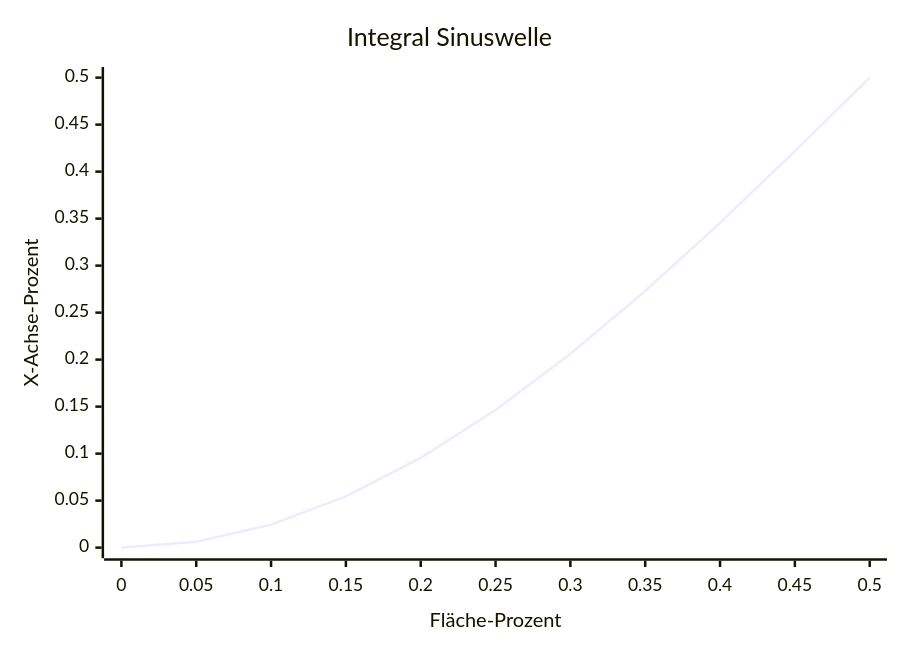
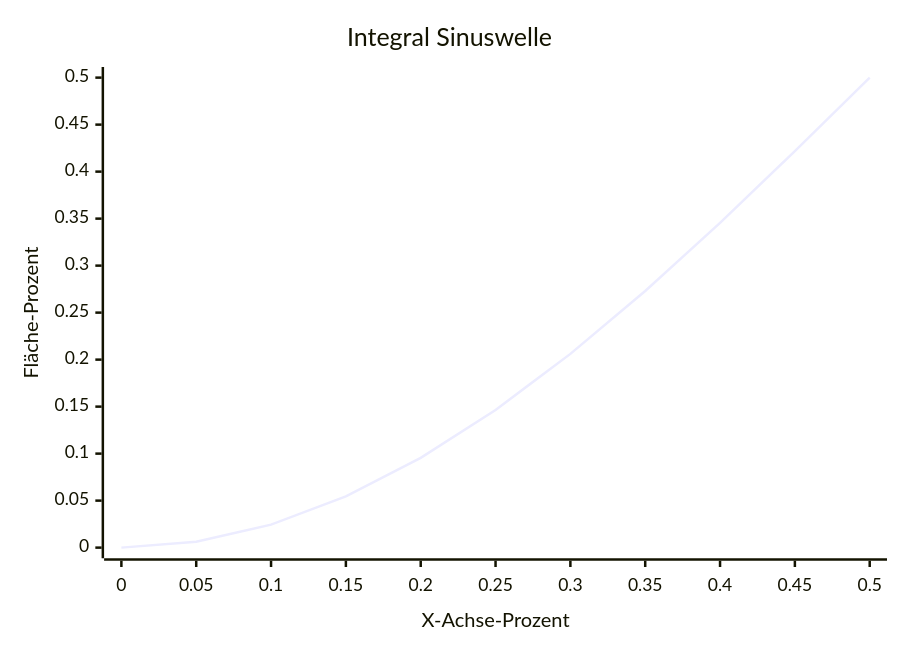
One commit to korsarNek/korsarNek changed the second of 2 diagrams in source/_posts/Heizplatte.md. Above: the diagram before and after it, drawn with Mermaid. The commit also changed other lines of this file and 3 other files, not shown here.

Commit message:
Minor adjustments to graphs and readability - switched axis in graphs - reduced footer size which was empty anyway - added a mild glow around the title to make it better visible on different screen sizes against the banner images - aria-label for language flags

````diff
--- a/source/_posts/Heizplatte.md
+++ b/source/_posts/Heizplatte.md
@@ -219,7 +219,7 @@
 ```mermaid
 xychart-beta
 title "Integral Sinuswelle"
-x-axis "Fläche-Prozent" [0, 0.05, 0.1, 0.15, 0.2, 0.25, 0.3, 0.35, 0.4, 0.45, 0.5]
-y-axis "X-Achse-Prozent" 0 --> 0.5
+x-axis "X-Achse-Prozent" [0, 0.05, 0.1, 0.15, 0.2, 0.25, 0.3, 0.35, 0.4, 0.45, 0.5]
+y-axis "Fläche-Prozent" 0 --> 0.5
 line [0, 0.00615582970243, 0.0244717418524, 0.0544967379058, 0.0954915028125, 0.146446609407, 0.206107373854, 0.27300475013, 0.345491502812, 0.42178276748, 0.5]
 ```
````
